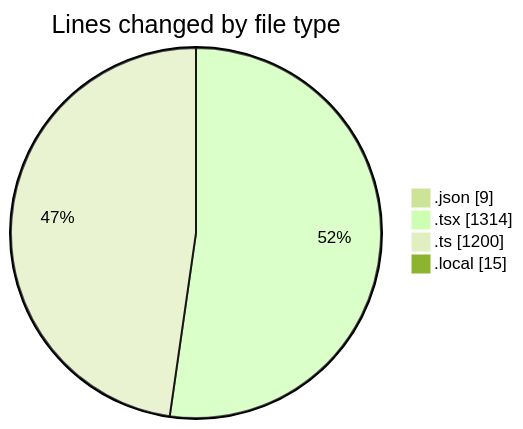
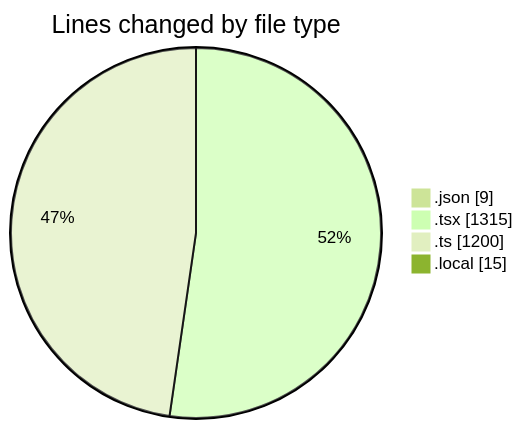
Before and after one commit to julien-gomy/code-tracking: the first of 2 diagrams in 2025-10-27/eventscop-frontend-guide__workspace_/README.md, drawn with Mermaid (forest theme). The commit also changed other lines of this file and 1 other file, not shown here.

````diff
--- a/2025-10-27/eventscop-frontend-guide__workspace_/README.md
+++ b/2025-10-27/eventscop-frontend-guide__workspace_/README.md
@@ -31,8 +31,8 @@
 ```mermaid
 pie showData
 title Lines changed by file type
 ".json" : 9
-".tsx" : 1314
+".tsx" : 1315
 ".ts" : 1200
 ".local" : 15
 ```
````
